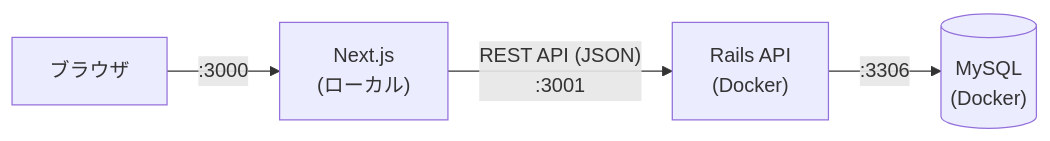
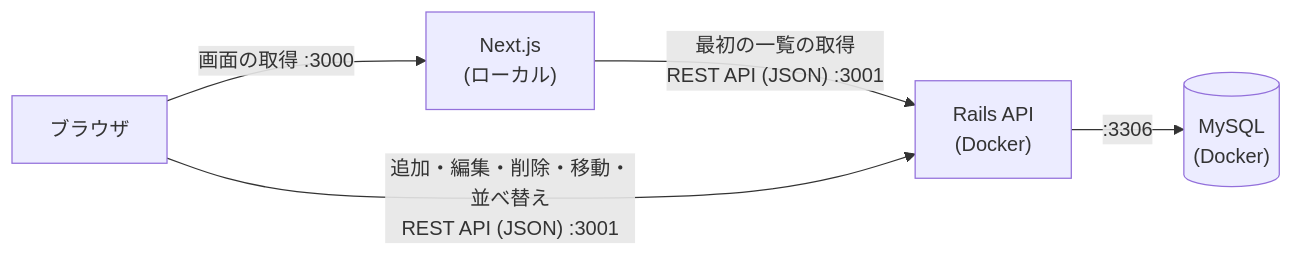
One commit to takeuchikoutagg/skill-map changed the first of 2 diagrams in docs/06-技術スタック.md. Above: the diagram before and after it, drawn with Mermaid. The commit also changed other lines of this file, not shown here.

````diff
--- a/docs/06-技術スタック.md
+++ b/docs/06-技術スタック.md
@@ -25,6 +31,7 @@
 ```mermaid
 flowchart LR
-    B["ブラウザ"] -->|":3000"| F["Next.js<br/>(ローカル)"]
-    F -->|"REST API (JSON)<br/>:3001"| R["Rails API<br/>(Docker)"]
+    B["ブラウザ"] -->|"画面の取得 :3000"| F["Next.js<br/>(ローカル)"]
+    F -->|"最初の一覧の取得<br/>REST API (JSON) :3001"| R["Rails API<br/>(Docker)"]
+    B -->|"追加・編集・削除・移動・並べ替え<br/>REST API (JSON) :3001"| R
     R -->|":3306"| M[("MySQL<br/>(Docker)")]
 ```
````
